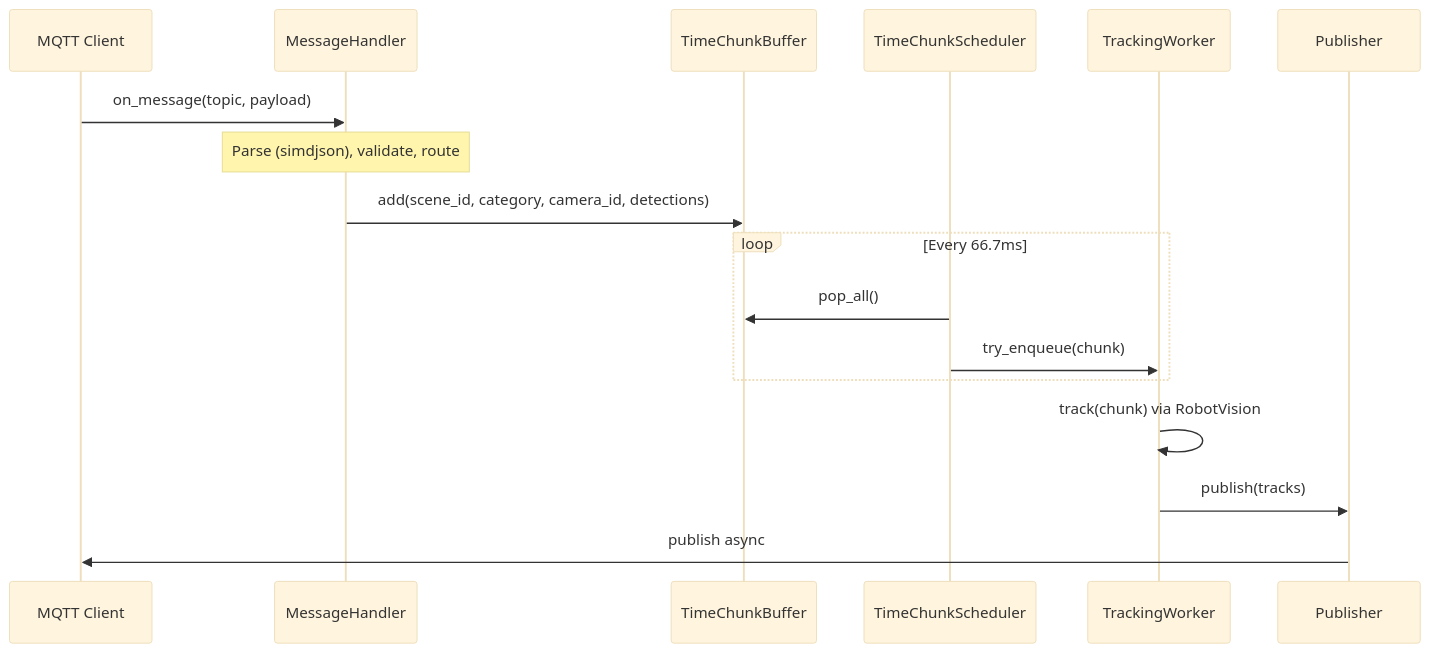
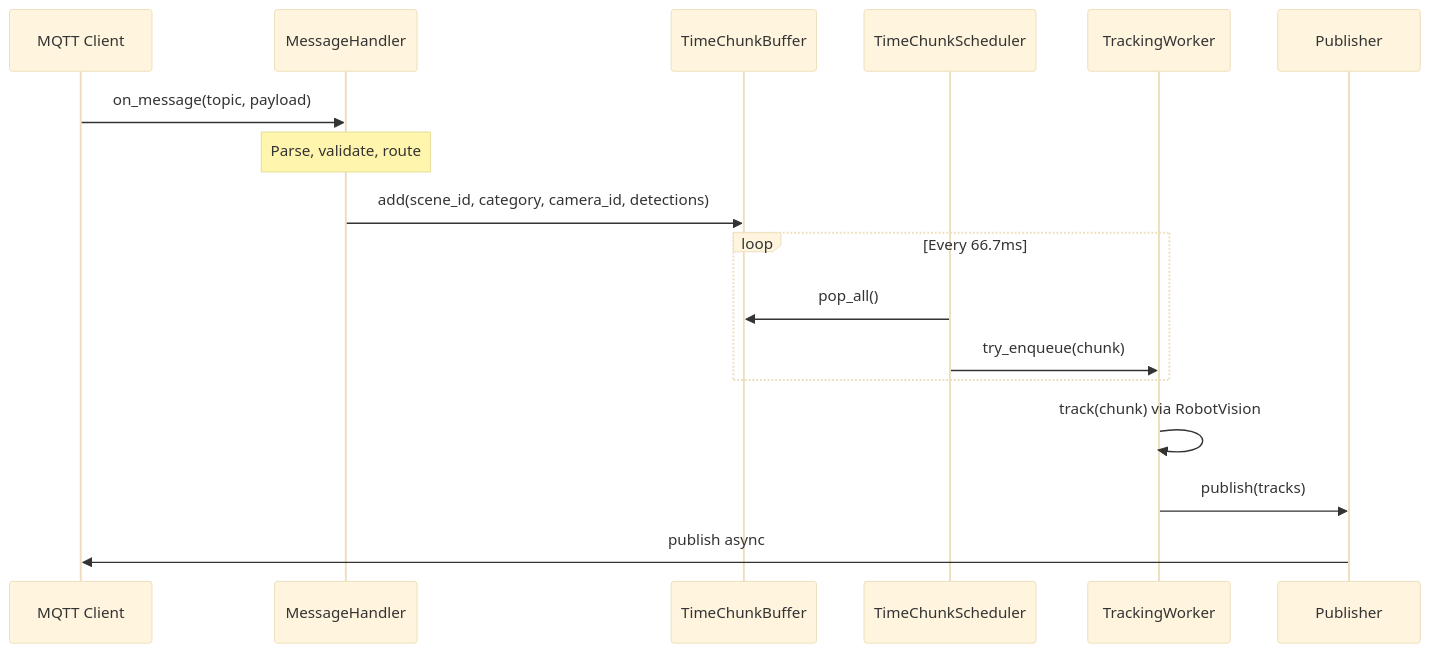
Before and after one commit to open-edge-platform/scenescape: the second of 4 diagrams in tracker/docs/implementation.md, drawn with Mermaid (base theme). The commit also changed other lines of this file and 34 other files, not shown here.

````diff
--- a/tracker/docs/implementation.md
+++ b/tracker/docs/implementation.md
@@ -136,22 +136,22 @@
 ```mermaid
 sequenceDiagram
     participant MQTT as MQTT Client
     participant MH as MessageHandler
     participant TCB as TimeChunkBuffer
     participant TCS as TimeChunkScheduler
     participant TW as TrackingWorker
     participant PUB as Publisher
 
     MQTT->>MH: on_message(topic, payload)
-    Note over MH: Parse (simdjson), validate, route
+    Note over MH: Parse, validate, route
     MH->>TCB: add(scene_id, category, camera_id, detections)
 
     loop Every 66.7ms
         TCS->>TCB: pop_all()
         TCS->>TW: try_enqueue(chunk)
     end
 
     TW->>TW: track(chunk) via RobotVision
     TW->>PUB: publish(tracks)
     PUB->>MQTT: publish async
 ```
````
